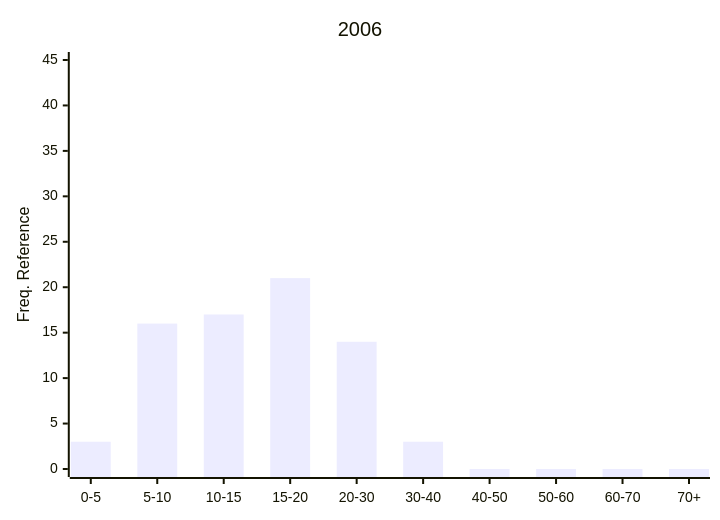
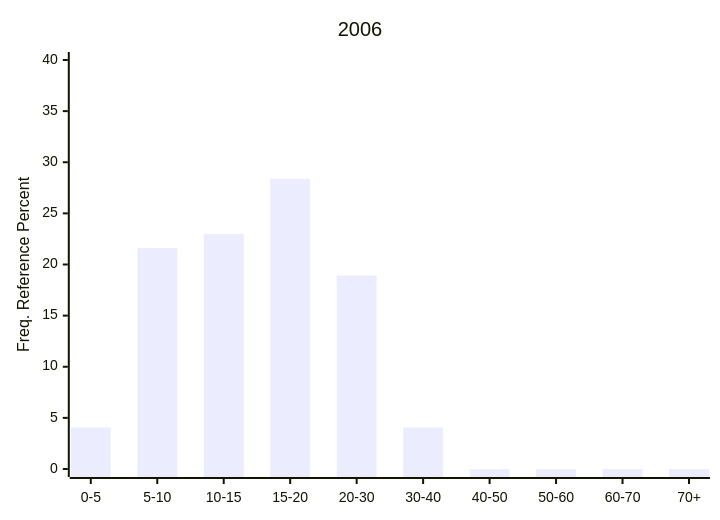
One commit to Nemus-Project/fair-nime-2026 changed the ninth of 28 diagrams in README.md. Above: the diagram before and after it, drawn with Mermaid. The commit also changed other lines of this file, not shown here.

````diff
--- a/README.md
+++ b/README.md
@@ -523,7 +524,7 @@
 ```mermaid
 xychart-beta
     title "2006"
     x-axis ["0-5", "5-10", "10-15", "15-20", "20-30", "30-40", "40-50", "50-60", "60-70", "70+"]
-    y-axis "Freq. Reference" 0 --> 45
-    bar [3, 16, 17, 21, 14, 3, 0, 0, 0, 0]
+    y-axis "Freq. Reference Percent" 0 --> 40
+    bar [4.054054054054054, 21.62162162162162, 22.972972972972975, 28.37837837837838, 18.91891891891892, 4.054054054054054, 0.0, 0.0, 0.0, 0.0]
 ```    
````
